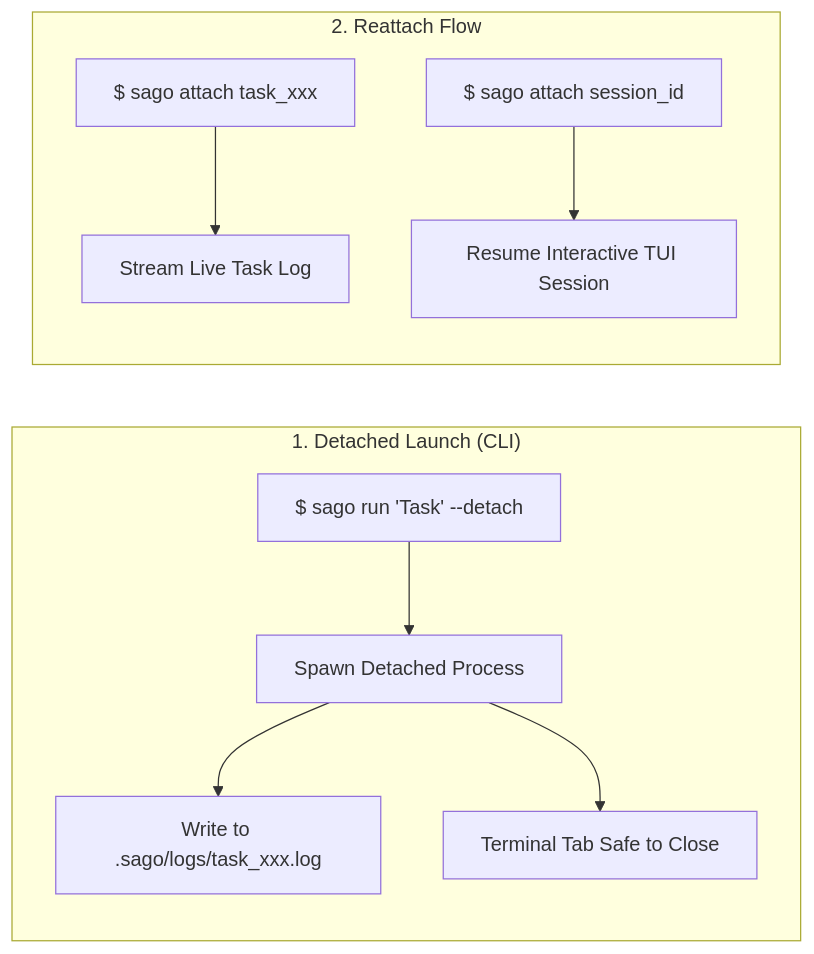
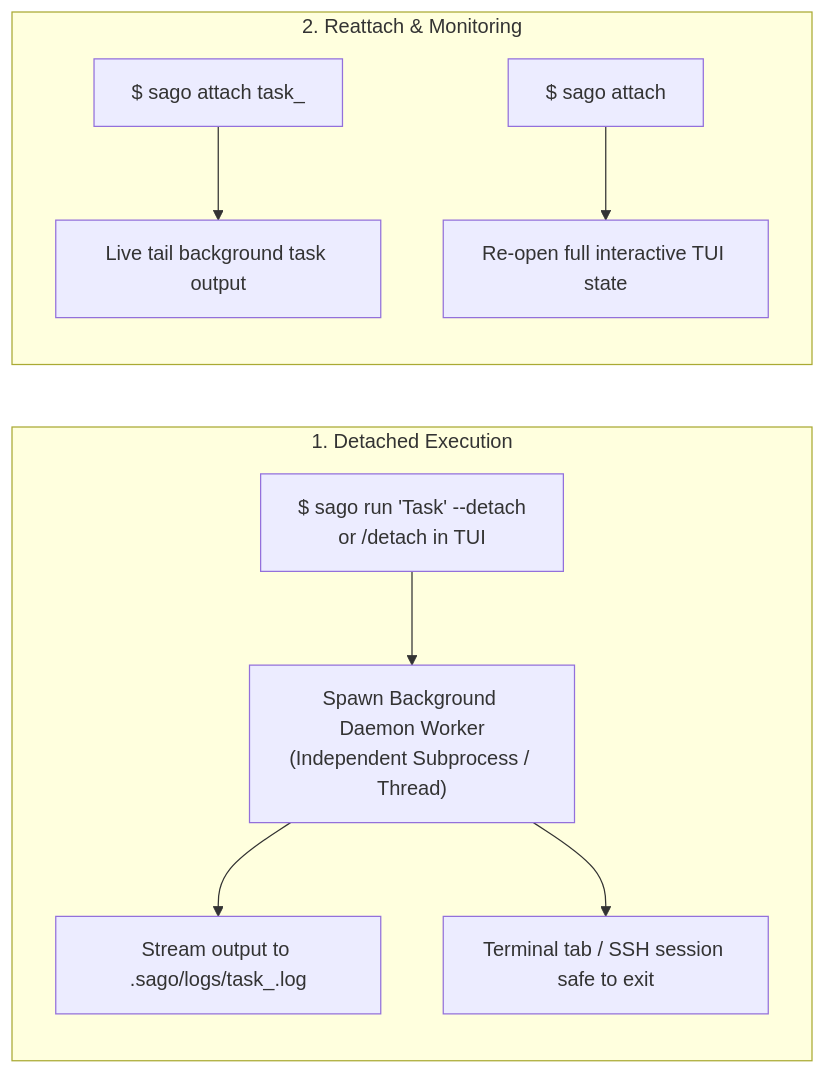
The eighth of 9 diagrams in docs/FLOWS.md (SAGO-AUTOMATES/SAGO-Agent), drawn with Mermaid before and after one commit. The commit also changed other lines of this file and 1 other file, not shown here.

Commit message:
docs: add comprehensive deep-dive guides for checkpoints, rollbacks, swarms, graphs, and search

````diff
--- a/docs/FLOWS.md
+++ b/docs/FLOWS.md
@@ -226,13 +242,13 @@
 ```mermaid
 flowchart LR
-    subgraph Detached_Launch["1. Detached Launch (CLI)"]
-        Cmd["$ sago run 'Task' --detach"] --> Daemon["Spawn Detached Process"]
-        Daemon --> LogFile["Write to .sago/logs/task_xxx.log"]
-        Daemon --> SafeClose["Terminal Tab Safe to Close"]
+    subgraph Detached_Launch["1. Detached Execution"]
+        Cmd["$ sago run 'Task' --detach\nor /detach in TUI"] --> DaemonWorker["Spawn Background Daemon Worker\n(Independent Subprocess / Thread)"]
+        DaemonWorker --> DiskLog["Stream output to .sago/logs/task_<id>.log"]
+        DaemonWorker --> SafeTerminal["Terminal tab / SSH session safe to exit"]
     end
 
-    subgraph Reattach_Flow["2. Reattach Flow"]
-        AttachCmd["$ sago attach task_xxx"] --> Stream["Stream Live Task Log"]
-        TuiAttach["$ sago attach session_id"] --> Resume["Resume Interactive TUI Session"]
+    subgraph Reattach_Flow["2. Reattach & Monitoring"]
+        AttachLog["$ sago attach task_<id>"] --> LiveTail["Live tail background task output"]
+        AttachTUI["$ sago attach <session_id>"] --> ReconnectTUI["Re-open full interactive TUI state"]
     end
 ```
````
